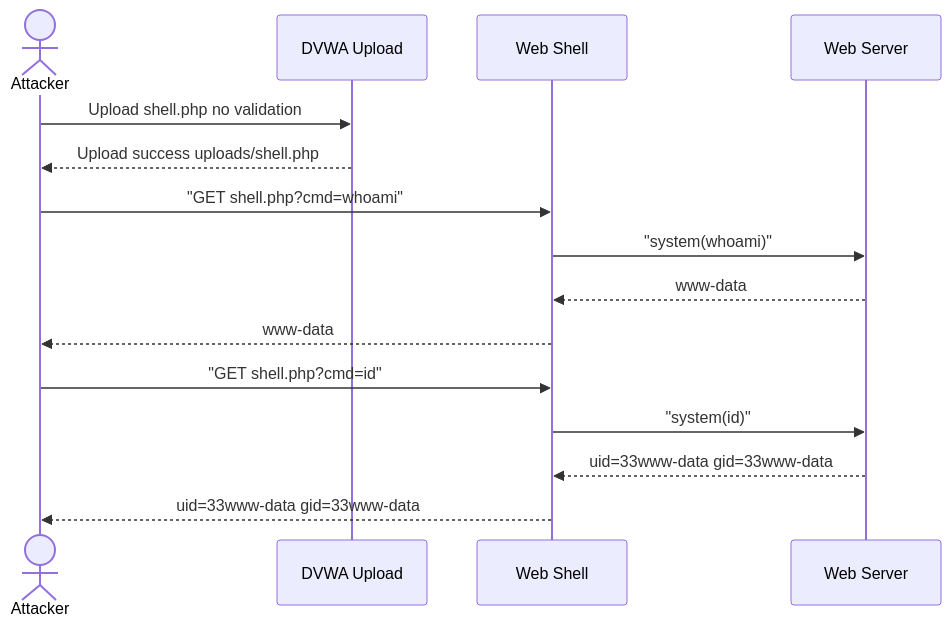
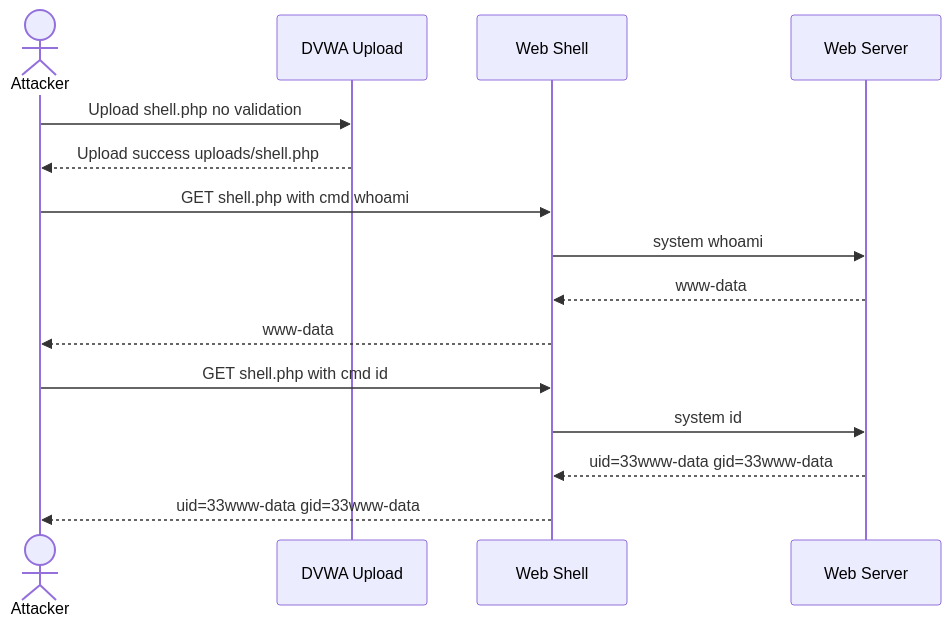
Before and after one commit to InsiyahBhatia/dvwa-web-attack-lab: the second of 2 diagrams in docs/file-upload.md, drawn with Mermaid. The commit also changed 4 other files, not shown here.

Commit message:
Remove remaining double quotes from sequence diagram messages

````diff
--- a/docs/file-upload.md
+++ b/docs/file-upload.md
@@ -117,20 +117,20 @@
 ```mermaid
 sequenceDiagram
     actor Attacker
     participant DVWA as DVWA Upload
     participant Shell as Web Shell
     participant Server as Web Server
     
     Attacker->>DVWA: Upload shell.php no validation
     DVWA-->>Attacker: Upload success uploads/shell.php
     
-    Attacker->>Shell: "GET shell.php?cmd=whoami"
-    Shell->>Server: "system(whoami)"
+    Attacker->>Shell: GET shell.php with cmd whoami
+    Shell->>Server: system whoami
     Server-->>Shell: www-data
     Shell-->>Attacker: www-data
     
-    Attacker->>Shell: "GET shell.php?cmd=id"
-    Shell->>Server: "system(id)"
+    Attacker->>Shell: GET shell.php with cmd id
+    Shell->>Server: system id
     Server-->>Shell: uid=33www-data gid=33www-data
     Shell-->>Attacker: uid=33www-data gid=33www-data
 ```
````
